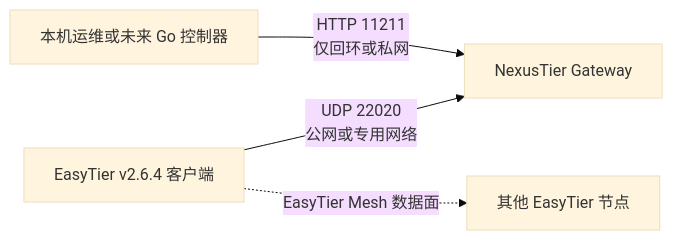
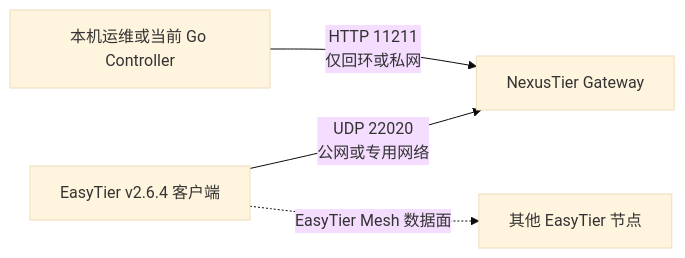
Before and after one commit to WuYouOwO/NexusTier: the diagram in docs/deployment-guide.zh-CN.md, drawn with Mermaid (base theme). The commit also changed other lines of this file and 13 other files, not shown here.

````diff
--- a/docs/deployment-guide.zh-CN.md
+++ b/docs/deployment-guide.zh-CN.md
@@ -35,6 +38,6 @@
 ```mermaid
 flowchart LR
     Client[EasyTier v2.6.4 客户端] -->|UDP 22020<br/>公网或专用网络| Gateway[NexusTier Gateway]
-    Operator[本机运维或未来 Go 控制器] -->|HTTP 11211<br/>仅回环或私网| Gateway
+    Operator[本机运维或当前 Go Controller] -->|HTTP 11211<br/>仅回环或私网| Gateway
     Client -. EasyTier Mesh 数据面 .-> Peers[其他 EasyTier 节点]
 ```
````
